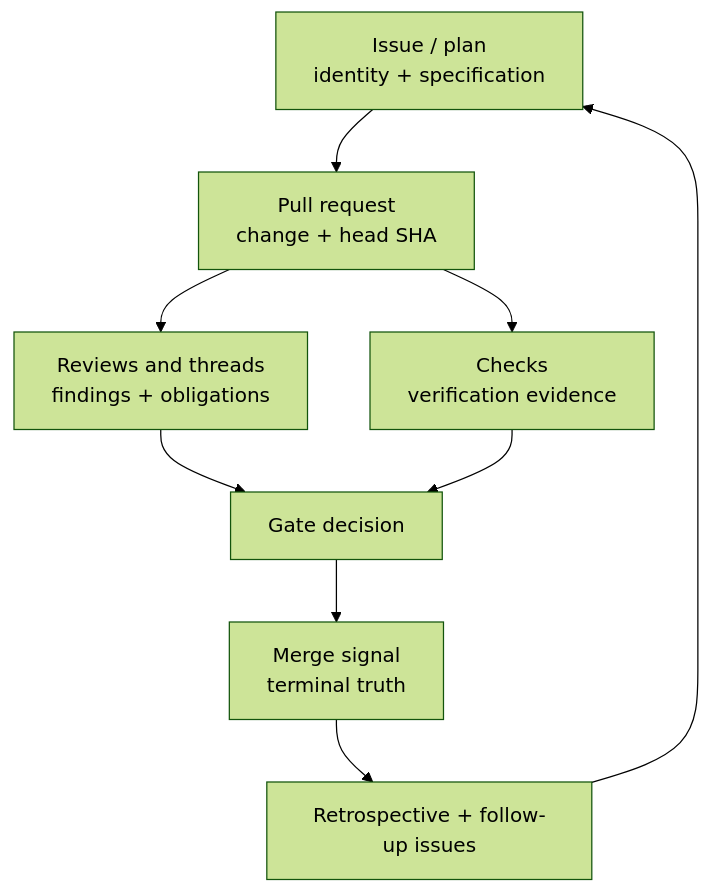
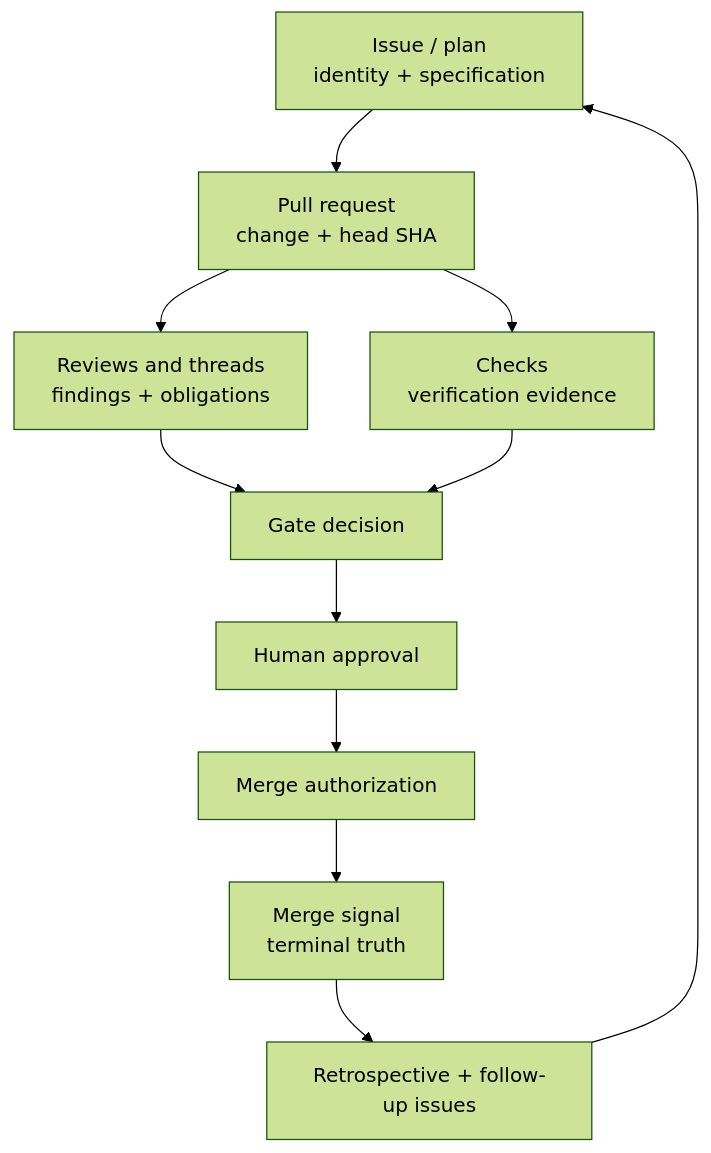
Before and after one commit to mfittko/dev-loops: the third of 4 diagrams in docs/articles/the-state-graph-is-the-surface.md, drawn with Mermaid (forest theme). The commit also changed other lines of this file and 9 other files, not shown here.

Commit message:
docs(presentation): refresh state graph story for v1

````diff
--- a/docs/articles/the-state-graph-is-the-surface.md
+++ b/docs/articles/the-state-graph-is-the-surface.md
@@ -204,11 +207,13 @@
 ```mermaid
 flowchart TD
   T[Issue / plan<br/>identity + specification] --> P[Pull request<br/>change + head SHA]
   P --> R[Reviews and threads<br/>findings + obligations]
   P --> C[Checks<br/>verification evidence]
   R --> G[Gate decision]
   C --> G
-  G --> M[Merge signal<br/>terminal truth]
+  G --> H[Human approval]
+  H --> A[Merge authorization]
+  A --> M[Merge signal<br/>terminal truth]
   M --> X[Retrospective + follow-up issues]
   X --> T
 ```
````
